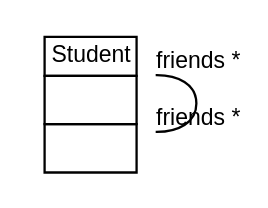
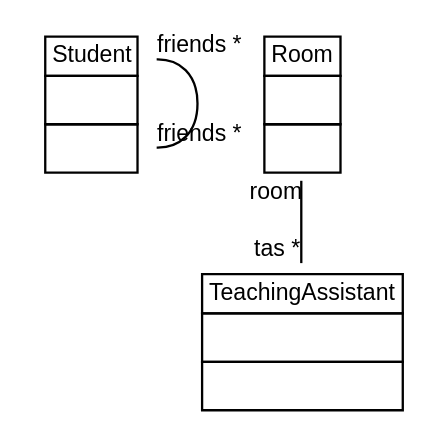
Before and after one commit to fujaba/SDMLib: the diagram in doc/StudyRightObjectModelNavigationAndQueriesClassDiagram2.dot, drawn with Graphviz. The commit also changed 41 other files, not shown here.

```diff
--- a/doc/StudyRightObjectModelNavigationAndQueriesClassDiagram2.dot
+++ b/doc/StudyRightObjectModelNavigationAndQueriesClassDiagram2.dot
@@ -1,12 +1,15 @@
 
  digraph ClassDiagram {
     node [shape = none, fontsize = 10, fontname = "Arial"]; 
     edge [fontsize = 10, fontname = "Arial"];
     
     
     _Student [label=<<table border='0' cellborder='1' cellspacing='0'> <tr> <td HREF="../examples/org/sdmlib/examples/studyrightWithAssignments/Student.java">Student</td> </tr> <tr><td><table border='0' cellborder='0' cellspacing='0'> <tr><td> </td></tr> </table></td></tr> <tr><td><table border='0' cellborder='0' cellspacing='0'> <tr><td> </td></tr> </table></td></tr> </table>>];
+    _Room [label=<<table border='0' cellborder='1' cellspacing='0'> <tr> <td HREF="../examples/org/sdmlib/examples/studyrightWithAssignments/Room.java">Room</td> </tr> <tr><td><table border='0' cellborder='0' cellspacing='0'> <tr><td> </td></tr> </table></td></tr> <tr><td><table border='0' cellborder='0' cellspacing='0'> <tr><td> </td></tr> </table></td></tr> </table>>];
+    _TeachingAssistant [label=<<table border='0' cellborder='1' cellspacing='0'> <tr> <td HREF="../examples/org/sdmlib/examples/studyrightWithAssignments/TeachingAssistant.java">TeachingAssistant</td> </tr> <tr><td><table border='0' cellborder='0' cellspacing='0'> <tr><td> </td></tr> </table></td></tr> <tr><td><table border='0' cellborder='0' cellspacing='0'> <tr><td> </td></tr> </table></td></tr> </table>>];
     
     
     
     _Student -> _Student [headlabel = "friends *" taillabel = "friends *" arrowhead = "none" ];
+    _Room -> _TeachingAssistant [headlabel = "tas *" taillabel = "room" arrowhead = "none" ];
 }
```
